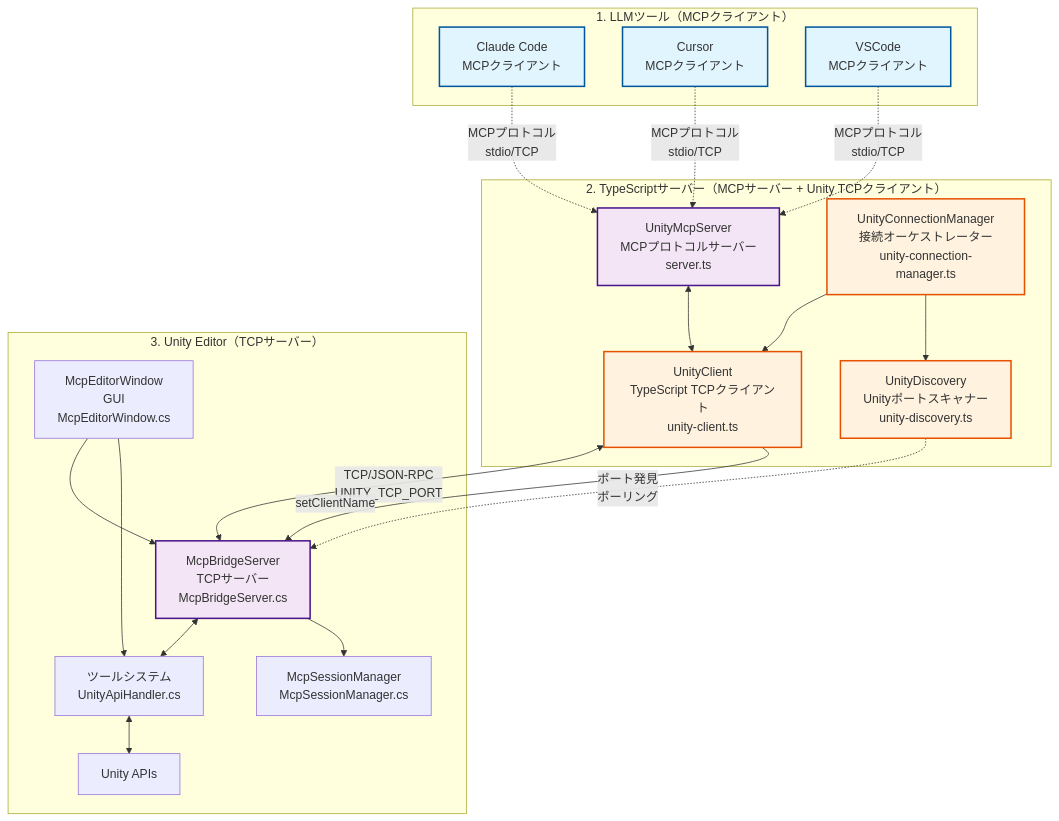
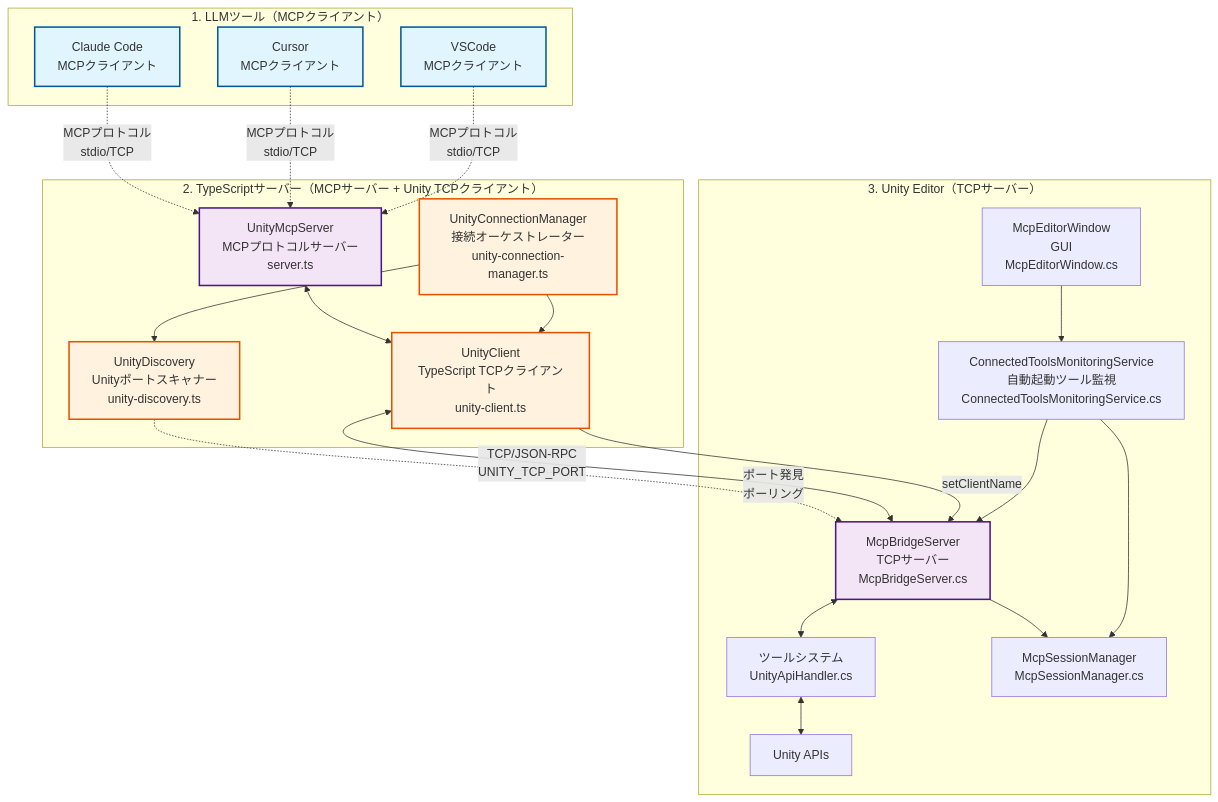
One commit to hatayama/uLoopMCP changed the first of 7 diagrams in Packages/docs/ARCHITECTURE_Unity_ja.md. Above: the diagram before and after it, drawn with Mermaid. The commit also changed other lines of this file and 7 other files, not shown here.

First line of the commit message:
refactor: extract ConnectedToolsMonitoringService from McpEditorWindow

````diff
--- a/Packages/docs/ARCHITECTURE_Unity_ja.md
+++ b/Packages/docs/ARCHITECTURE_Unity_ja.md
@@ -9,47 +9,49 @@
 ```mermaid
 graph TB
     subgraph "1. LLMツール（MCPクライアント）"
         Claude[Claude Code<br/>MCPクライアント]
         Cursor[Cursor<br/>MCPクライアント]
         VSCode[VSCode<br/>MCPクライアント]
     end
     
     subgraph "2. TypeScriptサーバー（MCPサーバー + Unity TCPクライアント）"
         MCP[UnityMcpServer<br/>MCPプロトコルサーバー<br/>server.ts]
         UC[UnityClient<br/>TypeScript TCPクライアント<br/>unity-client.ts]
         UCM[UnityConnectionManager<br/>接続オーケストレーター<br/>unity-connection-manager.ts]
         UD[UnityDiscovery<br/>Unityポートスキャナー<br/>unity-discovery.ts]
     end
     
     subgraph "3. Unity Editor（TCPサーバー）"
         MB[McpBridgeServer<br/>TCPサーバー<br/>McpBridgeServer.cs]
         CMD[ツールシステム<br/>UnityApiHandler.cs]
         UI[McpEditorWindow<br/>GUI<br/>McpEditorWindow.cs]
+        CTMS[ConnectedToolsMonitoringService<br/>自動起動ツール監視<br/>ConnectedToolsMonitoringService.cs]
         API[Unity APIs]
         SM[McpSessionManager<br/>McpSessionManager.cs]
     end
     
     Claude -.->|MCPプロトコル<br/>stdio/TCP| MCP
     Cursor -.->|MCPプロトコル<br/>stdio/TCP| MCP
     VSCode -.->|MCPプロトコル<br/>stdio/TCP| MCP
     
     MCP <--> UC
     UCM --> UC
     UCM --> UD
     UD -.->|ポート発見<br/>ポーリング| MB
     UC <-->|TCP/JSON-RPC<br/>UNITY_TCP_PORT| MB
     UC -->|setClientName| MB
     MB <--> CMD
     CMD <--> API
-    UI --> MB
-    UI --> CMD
+    UI --> CTMS
+    CTMS --> MB
     MB --> SM
+    CTMS --> SM
     
     classDef client fill:#e1f5fe,stroke:#01579b,stroke-width:2px
     classDef server fill:#f3e5f5,stroke:#4a148c,stroke-width:2px
     classDef bridge fill:#fff3e0,stroke:#e65100,stroke-width:2px
     
     class Claude,Cursor,VSCode client
     class MCP,MB server
     class UC,UD,UCM bridge
 ```
````
